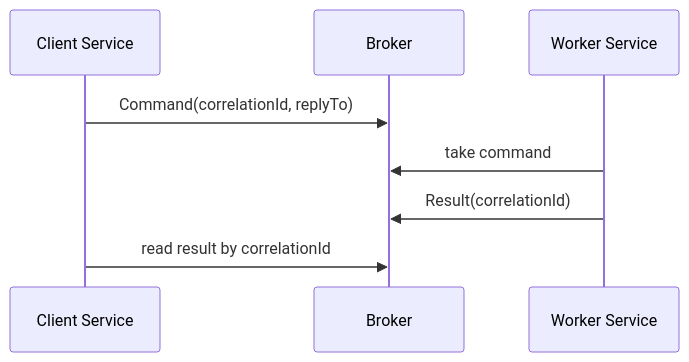
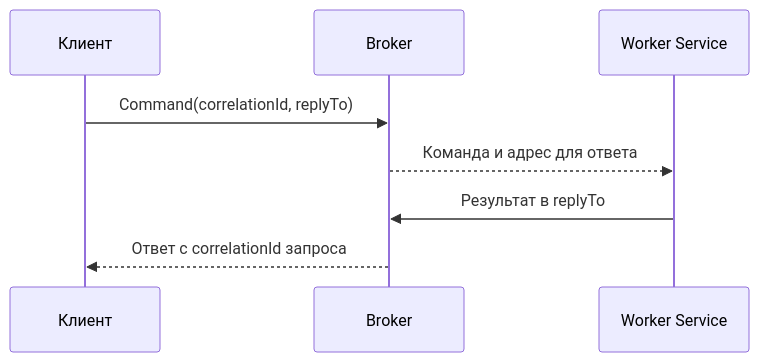
One commit to Kert0n/KPO changed the ninth of 17 diagrams in content/lectures/Lec11/vitepress.md. Above: the diagram before and after it, drawn with Mermaid. The commit also changed other lines of this file, not shown here.

````diff
--- a/content/lectures/Lec11/vitepress.md
+++ b/content/lectures/Lec11/vitepress.md
@@ -794,10 +692,10 @@
 ```mermaid
 sequenceDiagram
-    participant A as Client Service
+    participant A as Клиент
     participant Q as Broker
     participant B as Worker Service
     A->>Q: Command(correlationId, replyTo)
-    B->>Q: take command
-    B->>Q: Result(correlationId)
-    A->>Q: read result by correlationId
+    Q-->>B: Команда и адрес для ответа
+    B->>Q: Результат в replyTo
+    Q-->>A: Ответ с correlationId запроса
 ```
````
